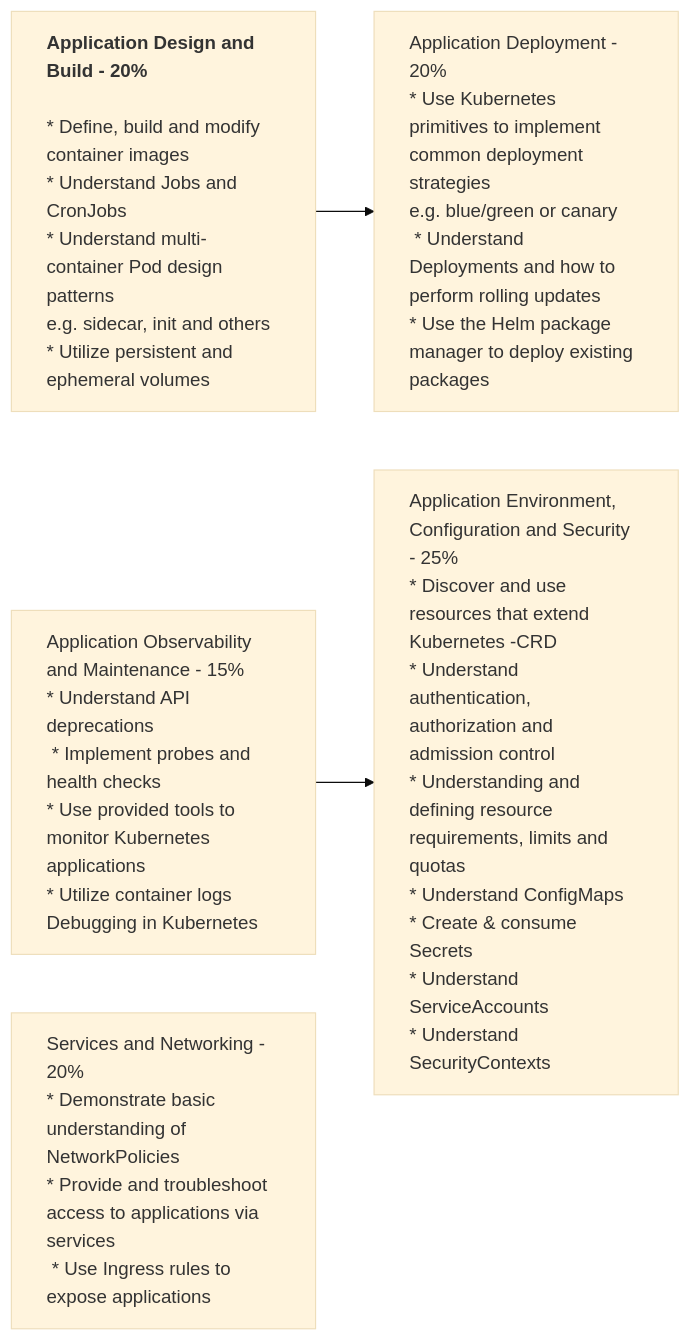
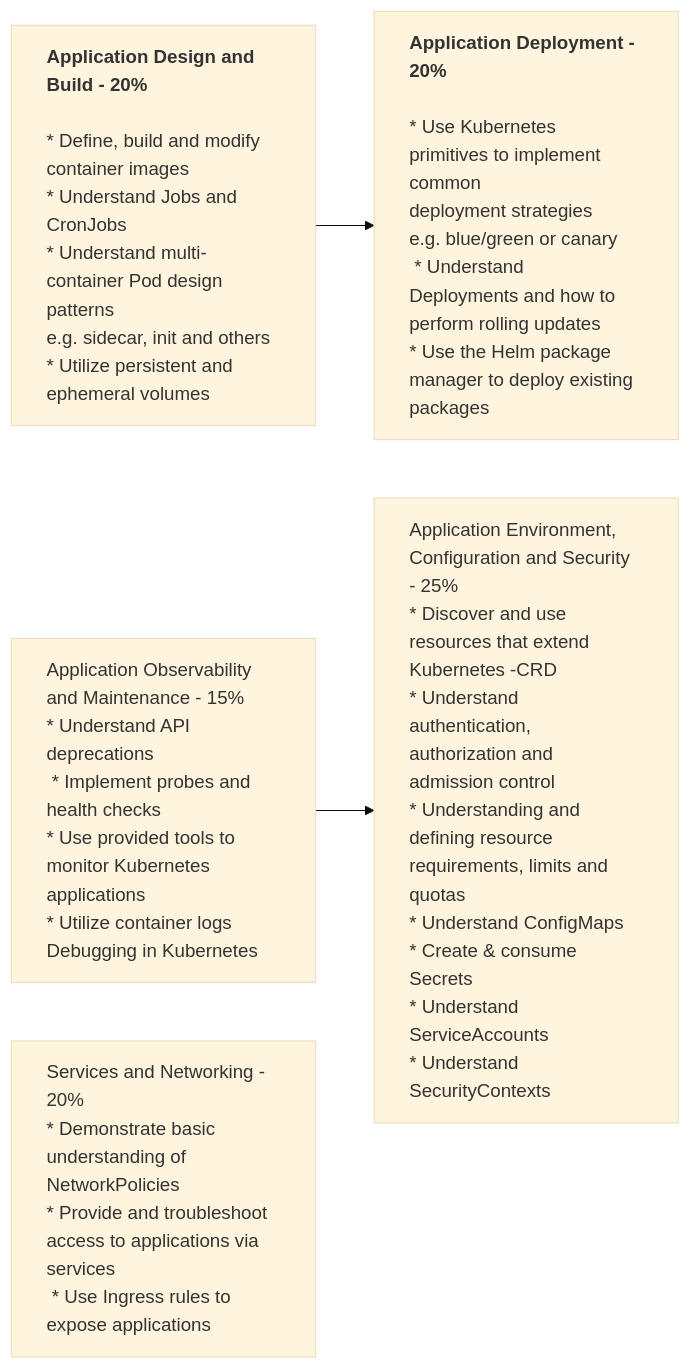
The diagram in README.md (edithturn/CKAD-training), drawn with Mermaid (base theme) before and after one commit.

Commit message:
domain part II

````diff
--- a/README.md
+++ b/README.md
@@ -13,15 +13,15 @@
 ```mermaid
 flowchart LR
 A[<strong>Application Design and Build - 20%<br /></strong><br />* Define, build and modify container images<br />* Understand Jobs and CronJobs<br />* Understand multi-container Pod design patterns <br />e.g. sidecar, init and others<br />* Utilize persistent and ephemeral volumes] --> B
 style A text-align:left
 
-B[Application Deployment - 20%<br />* Use Kubernetes primitives to implement common deployment strategies <br />e.g. blue/green or canary<br /> * Understand Deployments and how to perform rolling updates<br />* Use the Helm package manager to deploy existing packages]
+B[<strong>Application Deployment - 20%<br /></strong><br />* Use Kubernetes primitives to implement common <br />deployment strategies <br />e.g. blue/green or canary<br /> * Understand Deployments and how to perform rolling updates<br />* Use the Helm package manager to deploy existing packages]
 style B text-align:left
 
 C[Application Observability and Maintenance - 15%<br />* Understand API deprecations<br /> * Implement probes and health checks<br />* Use provided tools to monitor Kubernetes applications<br />* Utilize container logs Debugging in Kubernetes] --> D
 style C text-align:left
 D[Application Environment, Configuration and Security - 25%<br />* Discover and use resources that extend Kubernetes -CRD<br />* Understand authentication, authorization and admission control<br />* Understanding and defining resource requirements, limits and quotas<br />* Understand ConfigMaps<br />* Create & consume Secrets<br />* Understand ServiceAccounts<br />* Understand SecurityContexts]
 style D text-align:left
 E[Services and Networking - 20%<br />* Demonstrate basic understanding of NetworkPolicies<br />* Provide and troubleshoot access to applications via services<br /> * Use Ingress rules to expose applications]
 style E text-align:left
 ```
````
